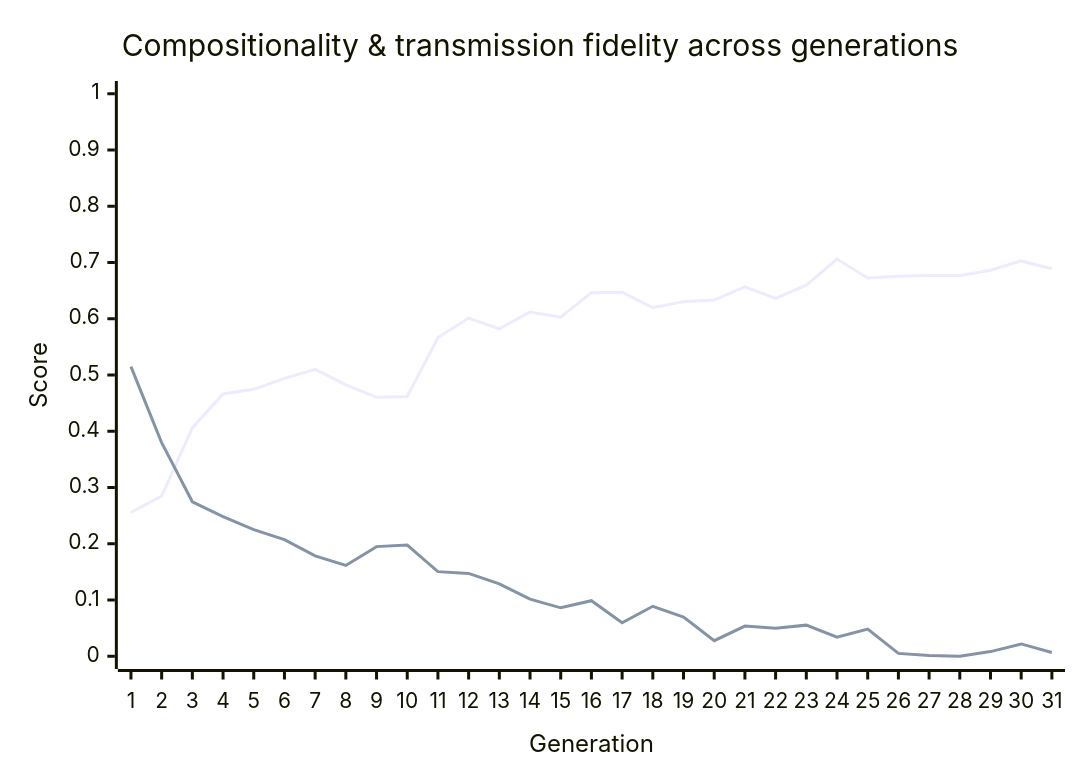
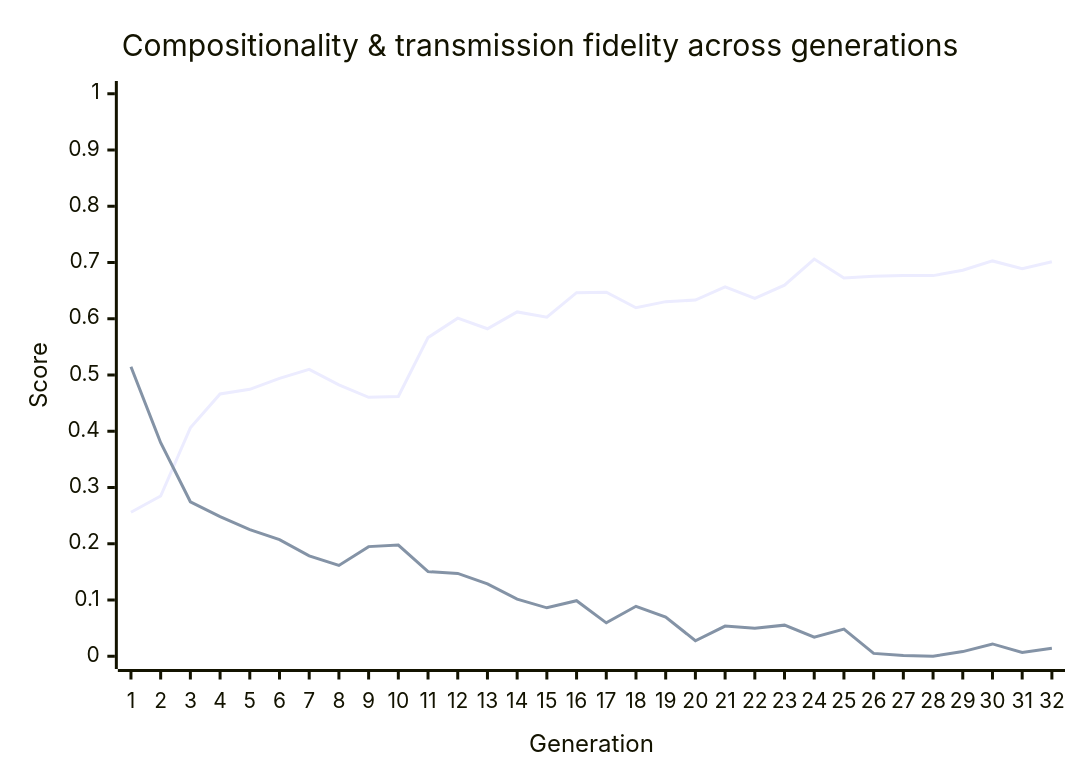
The diagram in metrics/latest-report.md (nichobbs/traditio), drawn with Mermaid before and after one commit. The commit also changed other lines of this file and 1 other file, not shown here.

````diff
--- a/metrics/latest-report.md
+++ b/metrics/latest-report.md
@@ -40,8 +40,8 @@
 ```mermaid
 xychart-beta
     title "Compositionality & transmission fidelity across generations"
-    x-axis "Generation" [1, 2, 3, 4, 5, 6, 7, 8, 9, 10, 11, 12, 13, 14, 15, 16, 17, 18, 19, 20, 21, 22, 23, 24, 25, 26, 27, 28, 29, 30, 31]
+    x-axis "Generation" [1, 2, 3, 4, 5, 6, 7, 8, 9, 10, 11, 12, 13, 14, 15, 16, 17, 18, 19, 20, 21, 22, 23, 24, 25, 26, 27, 28, 29, 30, 31, 32]
     y-axis "Score" 0 --> 1
-    line "Compositionality" [0.2559, 0.2849, 0.4060, 0.4663, 0.4745, 0.4941, 0.5099, 0.4826, 0.4603, 0.4619, 0.5665, 0.6011, 0.5822, 0.6121, 0.6029, 0.6464, 0.6473, 0.6195, 0.6304, 0.6332, 0.6566, 0.6361, 0.6598, 0.7061, 0.6725, 0.6757, 0.6767, 0.6767, 0.6863, 0.7028, 0.6890]
-    line "Transmission Fidelity" [0.5148, 0.3796, 0.2746, 0.2481, 0.2251, 0.2074, 0.1785, 0.1615, 0.1949, 0.1977, 0.1504, 0.1472, 0.1286, 0.1016, 0.0861, 0.0987, 0.0594, 0.0888, 0.0697, 0.0276, 0.0536, 0.0500, 0.0553, 0.0339, 0.0483, 0.0051, 0.0012, 0.0000, 0.0083, 0.0219, 0.0066]
+    line "Compositionality" [0.2559, 0.2849, 0.4060, 0.4663, 0.4745, 0.4941, 0.5099, 0.4826, 0.4603, 0.4619, 0.5665, 0.6011, 0.5822, 0.6121, 0.6029, 0.6464, 0.6473, 0.6195, 0.6304, 0.6332, 0.6566, 0.6361, 0.6598, 0.7061, 0.6725, 0.6757, 0.6767, 0.6767, 0.6863, 0.7028, 0.6890, 0.7012]
+    line "Transmission Fidelity" [0.5148, 0.3796, 0.2746, 0.2481, 0.2251, 0.2074, 0.1785, 0.1615, 0.1949, 0.1977, 0.1504, 0.1472, 0.1286, 0.1016, 0.0861, 0.0987, 0.0594, 0.0888, 0.0697, 0.0276, 0.0536, 0.0500, 0.0553, 0.0339, 0.0483, 0.0051, 0.0012, 0.0000, 0.0083, 0.0219, 0.0066, 0.0142]
 ```
````
